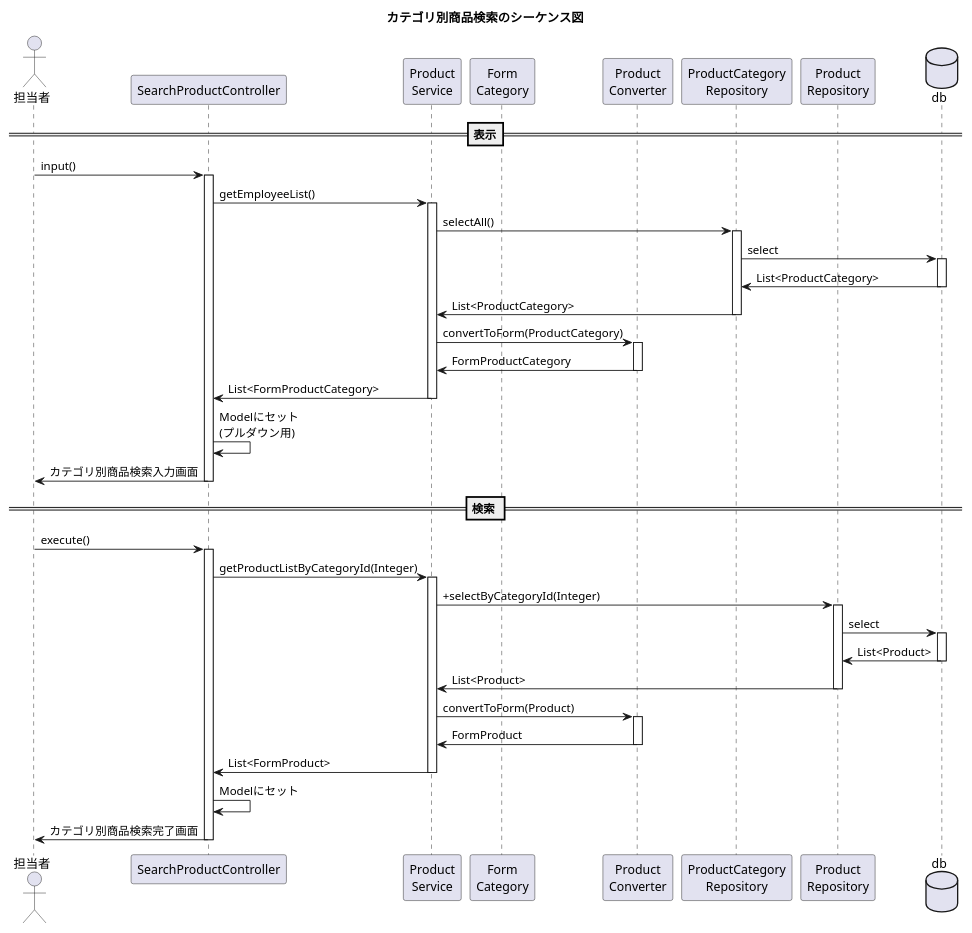
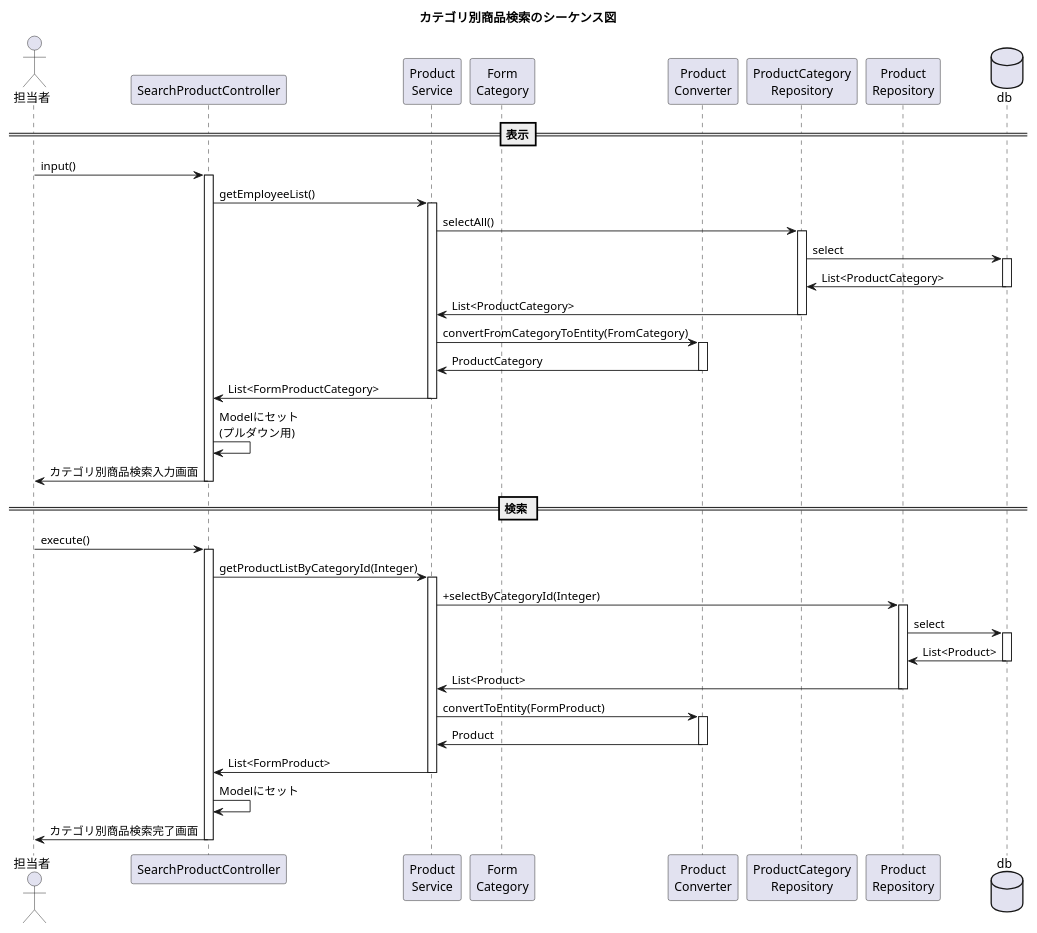
One commit to kanavii3333/ec-b changed the diagram in plan/uml/sequence/uc011.plantuml. Above: the diagram before and after it, drawn with PlantUML. The commit also changed 13 other files, not shown here.

Commit message:
単体テスト　ファイル名変更　シーケンス図変更

```diff
--- a/plan/uml/sequence/uc011.plantuml
+++ b/plan/uml/sequence/uc011.plantuml
@@ -1,39 +1,39 @@
 @startuml
 
 title カテゴリ別商品検索のシーケンス図
 actor "担当者" as user
 participant "SearchProductController" as controller
 participant "Product\nService" as service
 participant "Form\nCategory" as form
 participant "Product\nConverter" as helper
 participant "ProductCategory\nRepository" as repository1
 participant "Product\nRepository" as repository2
 database "db" as db
 ==表示==
 user -> controller++:input()
 controller -> service++:getEmployeeList()
 service -> repository1++:selectAll()
 repository1 -> db++:select
 db -> repository1--:List<ProductCategory>
 repository1 -> service--:List<ProductCategory>
-service -> helper++:convertToForm(ProductCategory)
-service <- helper--:FormProductCategory
+service -> helper++:convertFromCategoryToEntity(FromCategory)
+service <- helper--:ProductCategory
 service -> controller--:List<FormProductCategory>
 controller -> controller:Modelにセット\n(プルダウン用)
 controller -> user--:カテゴリ別商品検索入力画面
 
 == 検索 ==
 user -> controller++:execute()
 controller -> service++:getProductListByCategoryId(Integer)
 service -> repository2++:+selectByCategoryId(Integer)
 repository2 -> db++:select
 db -> repository2--:List<Product>
 repository2 -> service--:List<Product>
-service -> helper++:convertToForm(Product)
-service <- helper--:FormProduct
+service -> helper++:convertToEntity(FormProduct)
+service <- helper--:Product
 service -> controller--:List<FormProduct>
 controller -> controller:Modelにセット
 controller -> user--:カテゴリ別商品検索完了画面
 
 
 @enduml
```
